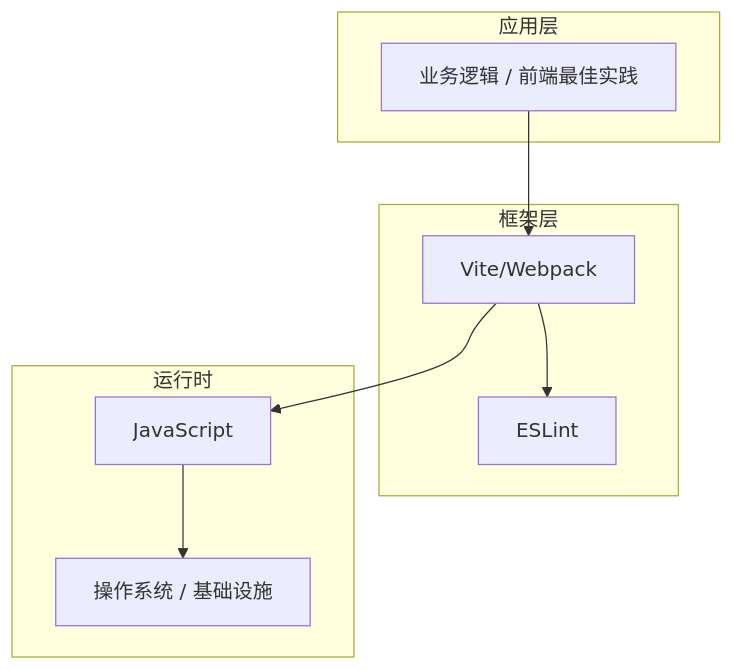
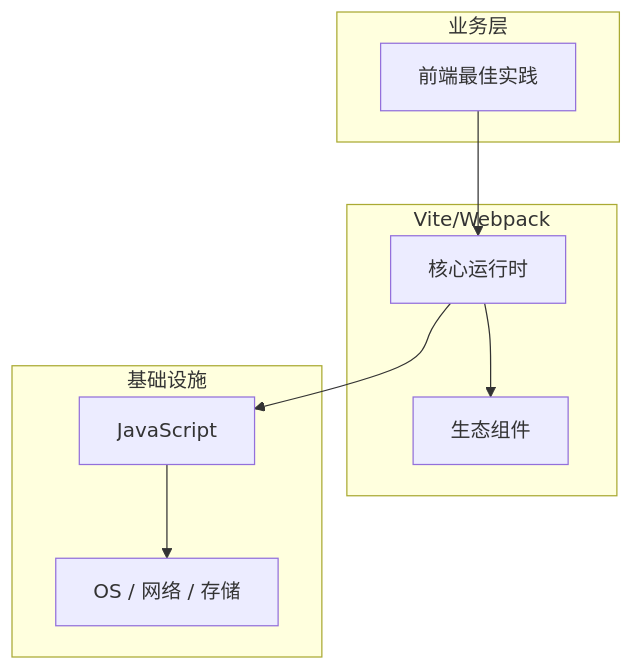
Before and after one commit to yanggan2015/knowledge-json-v2: the diagram in articles/前端工程化/chapters/096-前端最佳实践核心概念与原理.md, drawn with Mermaid. The commit also changed other lines of this file and 10127 other files, not shown here.

````diff
--- a/articles/前端工程化/chapters/096-前端最佳实践核心概念与原理.md
+++ b/articles/前端工程化/chapters/096-前端最佳实践核心概念与原理.md
@@ -45,18 +34,18 @@
 ```mermaid
 graph TB
-    subgraph 应用层
-        A[业务逻辑 / 前端最佳实践]
+    subgraph 业务层
+        A[前端最佳实践]
     end
-    subgraph 框架层
-        B[Vite/Webpack]
-        C[ESLint]
+    subgraph Vite/Webpack
+        B[核心运行时]
+        C[生态组件]
     end
-    subgraph 运行时
+    subgraph 基础设施
         D[JavaScript]
-        E[操作系统 / 基础设施]
+        E[OS / 网络 / 存储]
     end
     A --> B
     B --> C
     B --> D
     D --> E
 ```
````
